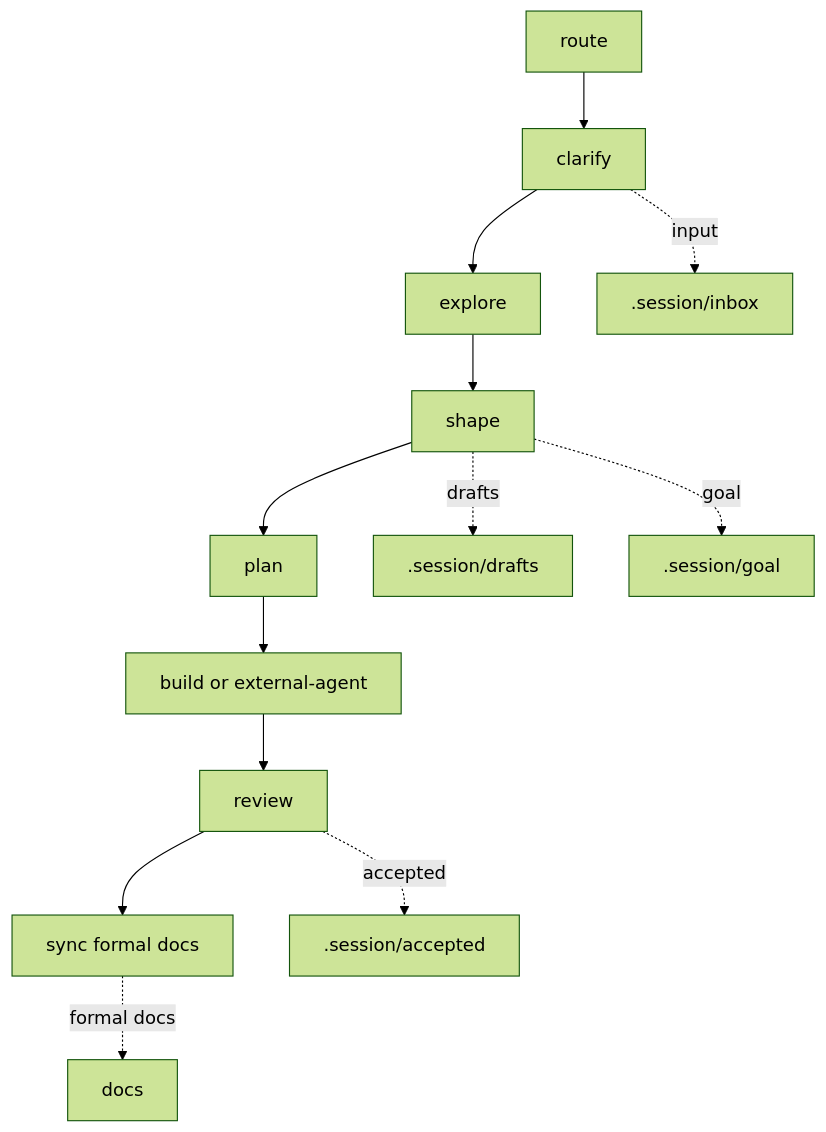
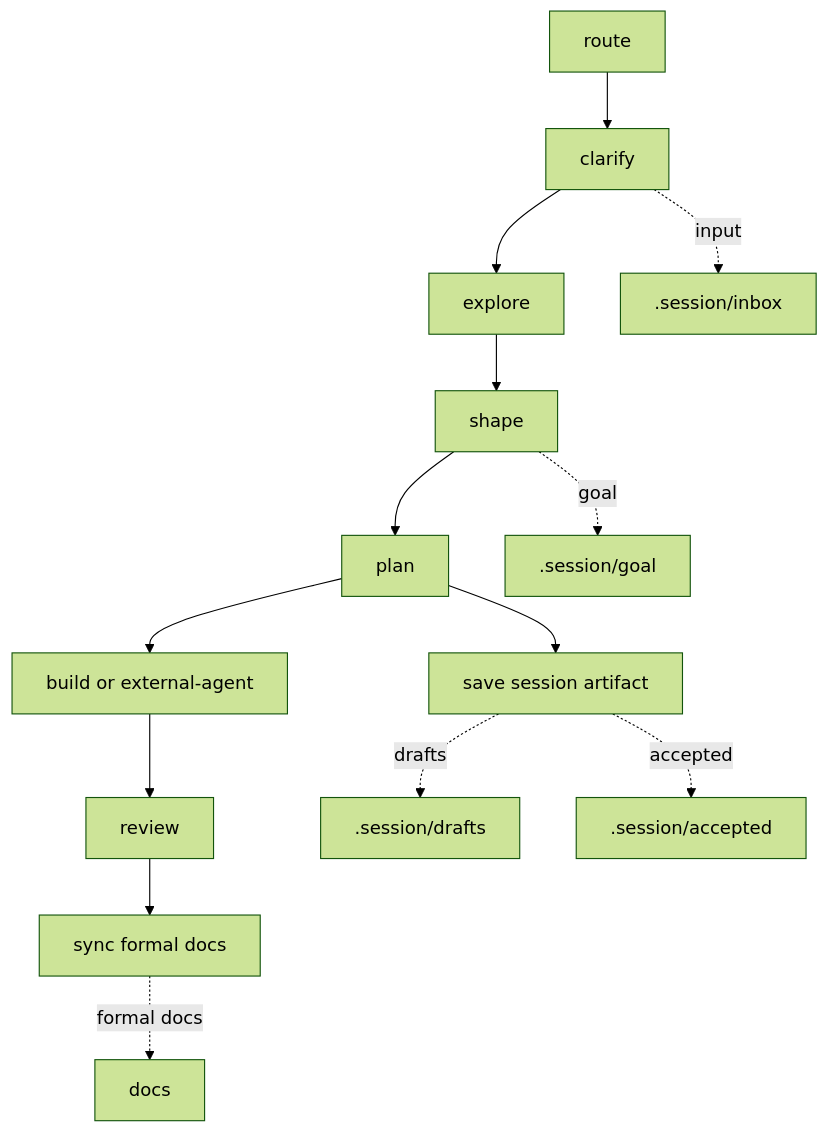
One commit to FlutteryEmbers/workflow changed the diagram in .workflow/README.md. Above: the diagram before and after it, drawn with Mermaid (forest theme). The commit also changed other lines of this file and 35 other files, not shown here.

````diff
--- a/.workflow/README.md
+++ b/.workflow/README.md
@@ -7,16 +7,17 @@
 ```mermaid
 graph TD
     R["route"] --> C["clarify"]
     C --> E["explore"]
     E --> S["shape"]
     S --> P["plan"]
+    P --> W["save session artifact"]
     P --> B["build or external-agent"]
     B --> V["review"]
     V --> Y["sync formal docs"]
 
     C -. "input" .-> N[".session/inbox"]
-    S -. "drafts" .-> D[".session/drafts"]
-    V -. "accepted" .-> A[".session/accepted"]
+    W -. "drafts" .-> D[".session/drafts"]
+    W -. "accepted" .-> A[".session/accepted"]
     S -. "goal" .-> G[".session/goal"]
     Y -. "formal docs" .-> F["docs"]
 ```
````
